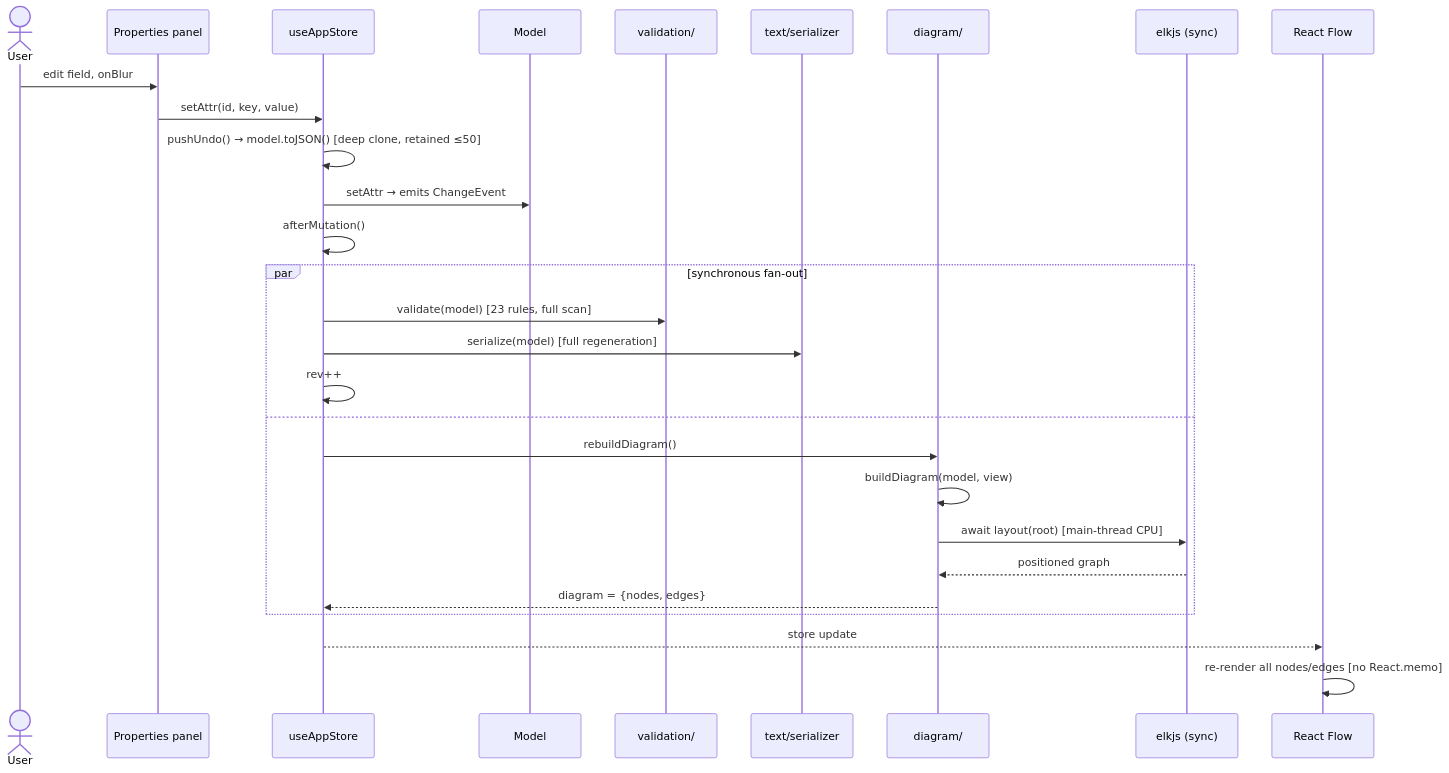
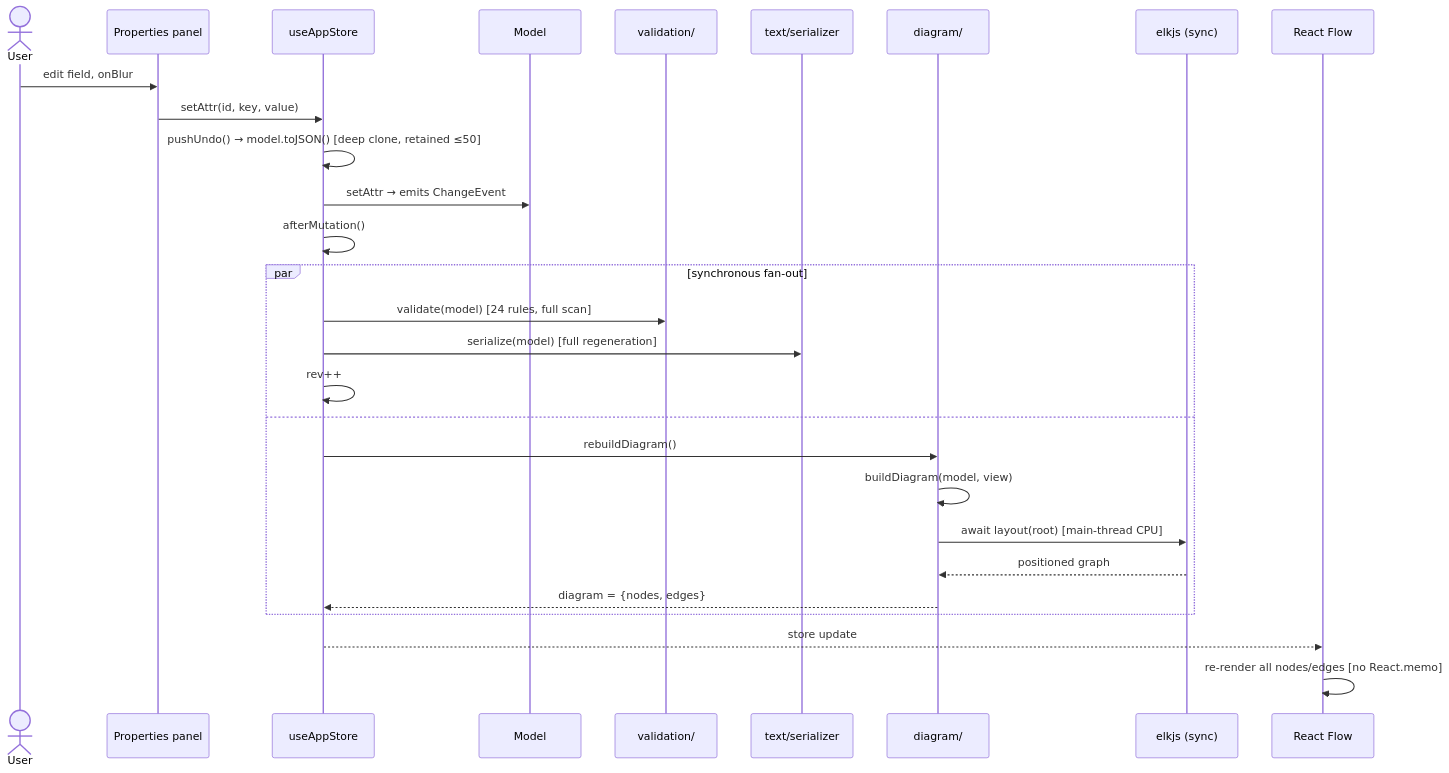
The second of 8 diagrams in docs/architecture/06-sequence-diagrams.md (cosmindxu/sysprose), drawn with Mermaid before and after one commit. The commit also changed other lines of this file and 26 other files, not shown here.

````diff
--- a/docs/architecture/06-sequence-diagrams.md
+++ b/docs/architecture/06-sequence-diagrams.md
@@ -30,31 +30,31 @@
 ```mermaid
 sequenceDiagram
     actor U as User
     participant P as Properties panel
     participant S as useAppStore
     participant M as Model
     participant V as validation/
     participant T as text/serializer
     participant D as diagram/
     participant ELK as elkjs (sync)
     participant RF as React Flow
 
     U->>P: edit field, onBlur
     P->>S: setAttr(id, key, value)
     S->>S: pushUndo() → model.toJSON() [deep clone, retained ≤50]
     S->>M: setAttr → emits ChangeEvent
     S->>S: afterMutation()
     par synchronous fan-out
-        S->>V: validate(model) [23 rules, full scan]
+        S->>V: validate(model) [24 rules, full scan]
         S->>T: serialize(model) [full regeneration]
         S->>S: rev++
     and
         S->>D: rebuildDiagram()
         D->>D: buildDiagram(model, view)
         D->>ELK: await layout(root) [main-thread CPU]
         ELK-->>D: positioned graph
         D-->>S: diagram = {nodes, edges}
     end
     S-->>RF: store update
     RF->>RF: re-render all nodes/edges [no React.memo]
 ```
````
